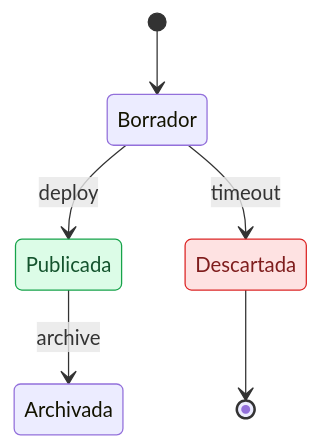
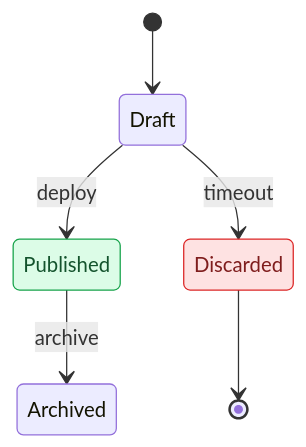
The fourth of 5 diagrams in plugins/samuel/reference/mermaid-style.md (samosunaz/agent-skills), drawn with Mermaid before and after one commit. The commit also changed other lines of this file and 9 other files, not shown here.

First line of the commit message:
docs: translate the diagram vocabulary and the last domain nouns

````diff
--- a/plugins/samuel/reference/mermaid-style.md
+++ b/plugins/samuel/reference/mermaid-style.md
@@ -157,12 +157,12 @@
 ```mermaid
 stateDiagram-v2
-    [*] --> Borrador
-    Borrador --> Publicada: deploy
-    Borrador --> Descartada: timeout
-    Publicada --> Archivada: archive
-    Descartada --> [*]
+    [*] --> Draft
+    Draft --> Published: deploy
+    Draft --> Discarded: timeout
+    Published --> Archived: archive
+    Discarded --> [*]
     classDef ok fill:#dcfce7,stroke:#16a34a,color:#14532d
     classDef fail fill:#fee2e2,stroke:#dc2626,color:#7f1d1d
-    class Publicada ok
-    class Descartada fail
+    class Published ok
+    class Discarded fail
 ```
````
